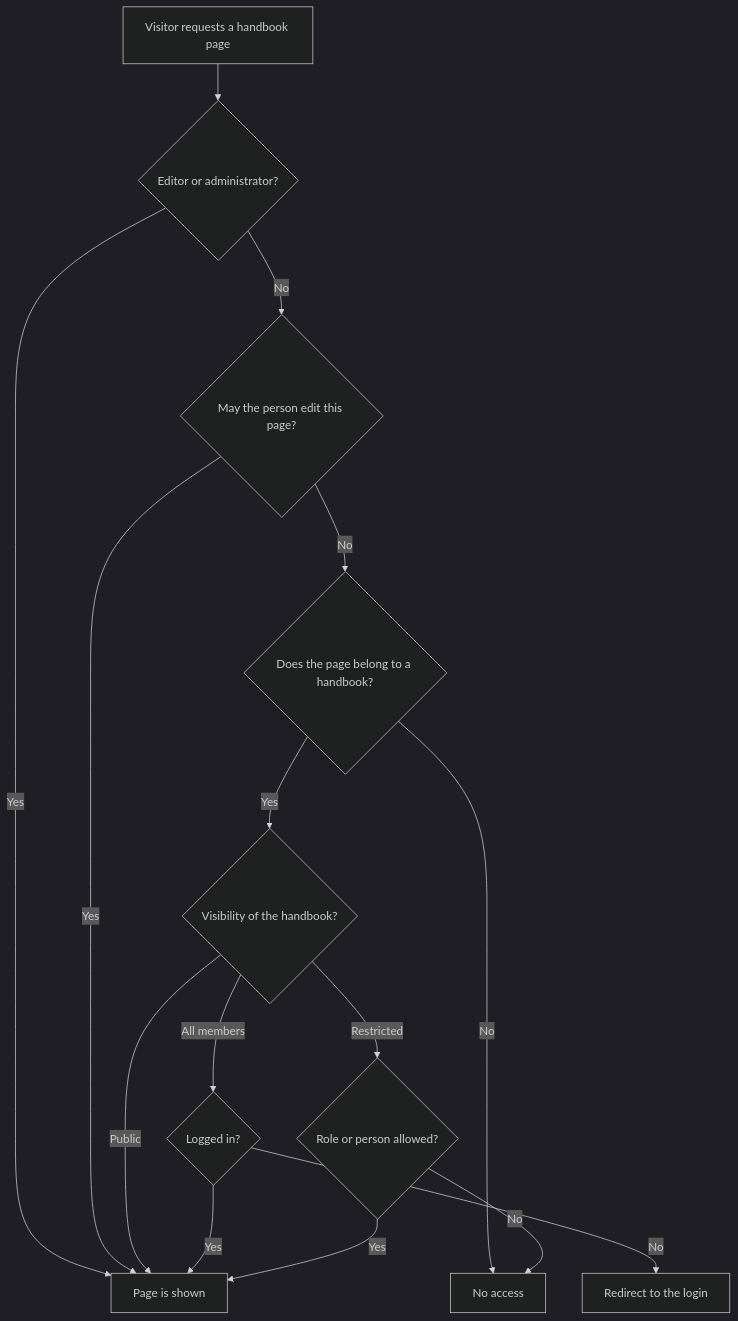
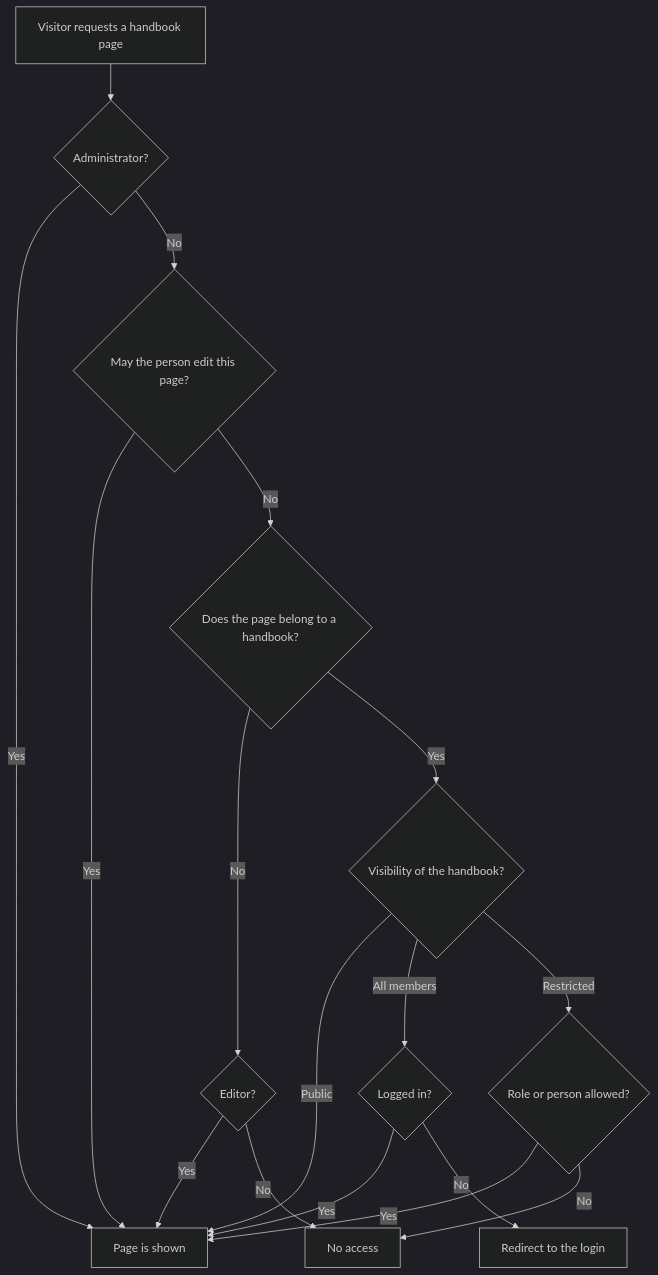
The diagram in docs/user/en/living-handbook/access/understanding-access.md (rfluethi/living-handbook), drawn with Mermaid (dark theme) before and after one commit. The commit also changed other lines of this file and 49 other files, not shown here.

````diff
--- a/docs/user/en/living-handbook/access/understanding-access.md
+++ b/docs/user/en/living-handbook/access/understanding-access.md
@@ -11,17 +11,19 @@
 ```mermaid
 graph TD;
-  A["Visitor requests a handbook page"] --> R{"Editor or administrator?"};
+  A["Visitor requests a handbook page"] --> R{"Administrator?"};
   R -->|"Yes"| Y["Page is shown"];
   R -->|"No"| W{"May the person edit this page?"};
   W -->|"Yes"| Y;
   W -->|"No"| B{"Does the page belong to a handbook?"};
-  B -->|"No"| X["No access"];
+  B -->|"No"| N{"Editor?"};
+  N -->|"Yes"| Y;
+  N -->|"No"| X["No access"];
   B -->|"Yes"| C{"Visibility of the handbook?"};
   C -->|"Public"| Y["Page is shown"];
   C -->|"All members"| D{"Logged in?"};
   C -->|"Restricted"| E{"Role or person allowed?"};
   D -->|"Yes"| Y;
   D -->|"No"| L["Redirect to the login"];
   E -->|"Yes"| Y;
   E -->|"No"| X;
 ```
````
